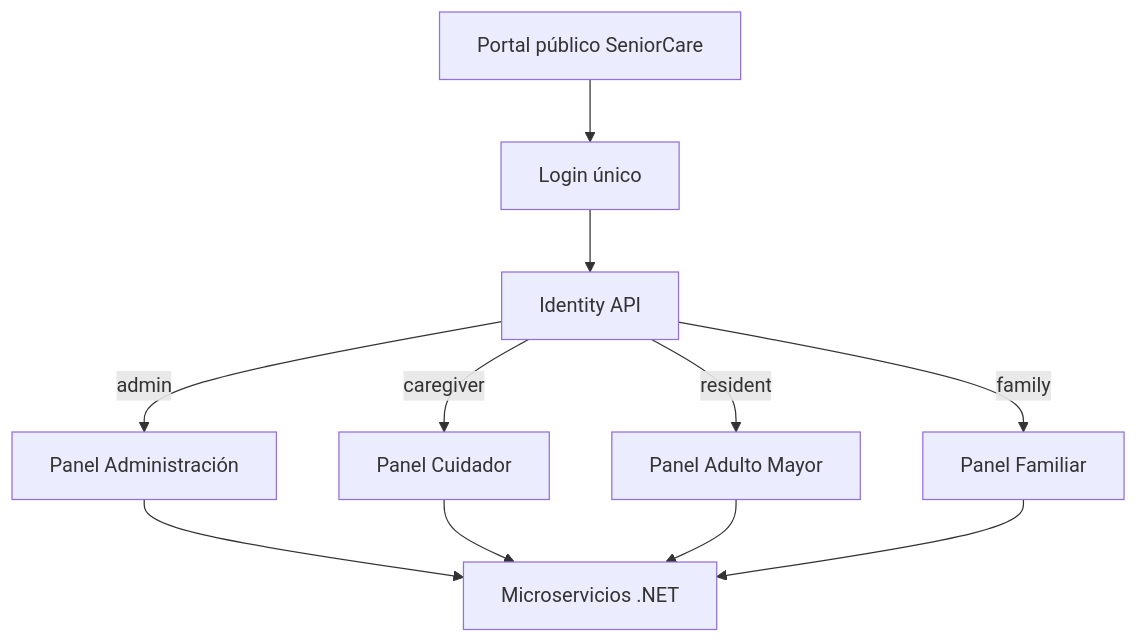
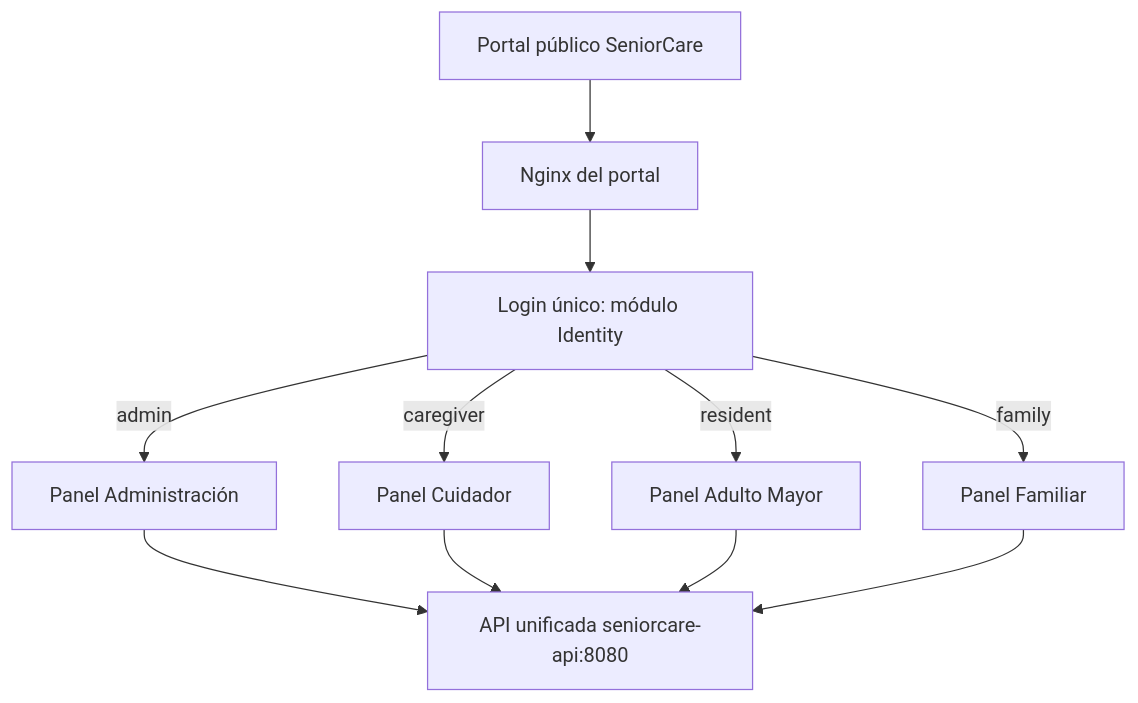
One commit to FELISAEL/seniorcare-os changed the diagram in docs/arquitectura.md. Above: the diagram before and after it, drawn with Mermaid. The commit also changed other lines of this file and 5 other files, not shown here.

Commit message:
docs: alinear SeniorCare con API unificada

````diff
--- a/docs/arquitectura.md
+++ b/docs/arquitectura.md
@@ -39,13 +43,13 @@
 ```mermaid
 flowchart TD
-    P[Portal público SeniorCare] --> L[Login único]
-    L --> I[Identity API]
-    I -->|admin| A[Panel Administración]
-    I -->|caregiver| C[Panel Cuidador]
-    I -->|resident| R[Panel Adulto Mayor]
-    I -->|family| F[Panel Familiar]
-    A --> APIs[Microservicios .NET]
-    C --> APIs
-    R --> APIs
-    F --> APIs
+    P[Portal público SeniorCare] --> N[Nginx del portal]
+    N --> L[Login único: módulo Identity]
+    L -->|admin| A[Panel Administración]
+    L -->|caregiver| C[Panel Cuidador]
+    L -->|resident| R[Panel Adulto Mayor]
+    L -->|family| F[Panel Familiar]
+    A --> API[API unificada seniorcare-api:8080]
+    C --> API
+    R --> API
+    F --> API
 ```
````
